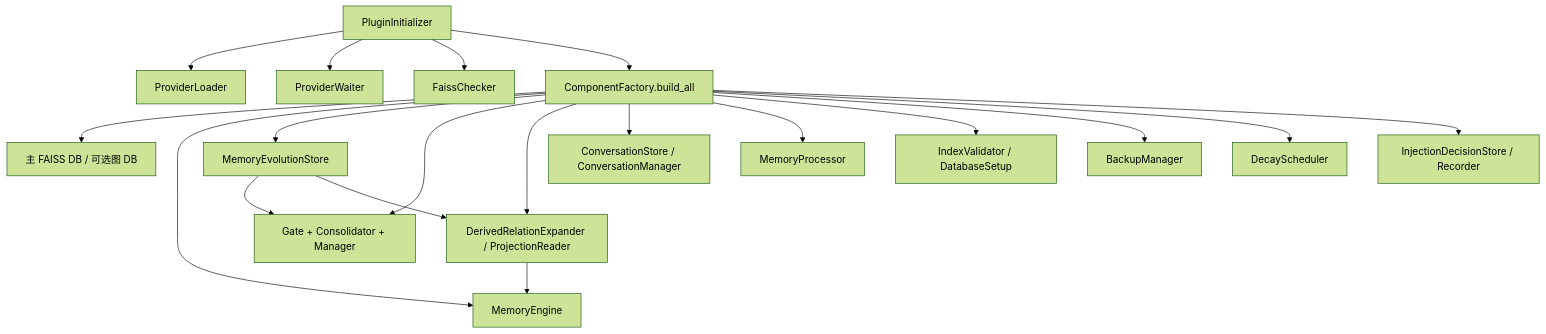
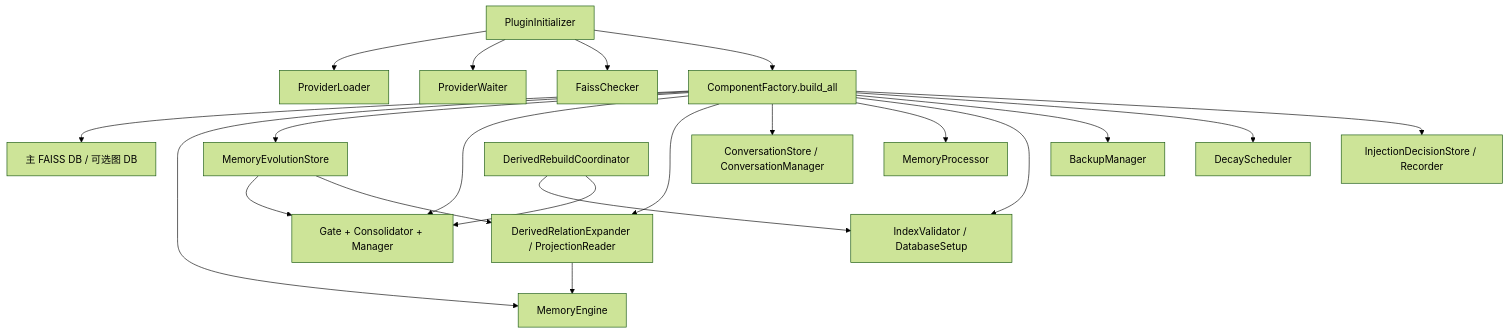
The diagram in core/initializer/AGENTS.md (INSide-734/astrbot_plugin_memora), drawn with Mermaid (forest theme) before and after one commit. The commit also changed other lines of this file and 24 other files, not shown here.

````diff
--- a/core/initializer/AGENTS.md
+++ b/core/initializer/AGENTS.md
@@ -13,21 +13,23 @@
 ```mermaid
 flowchart TD
     PI[PluginInitializer] --> PL[ProviderLoader]
     PI --> PW[ProviderWaiter]
     PI --> FC[FaissChecker]
     PI --> CF[ComponentFactory.build_all]
     CF --> VDB[主 FAISS DB / 可选图 DB]
     CF --> ME[MemoryEngine]
     CF --> MES[MemoryEvolutionStore]
     CF --> MEM[Gate + Consolidator + Manager]
     CF --> DR[DerivedRelationExpander / ProjectionReader]
     MES --> MEM
     MES --> DR
     DR --> ME
     CF --> CS[ConversationStore / ConversationManager]
     CF --> MP[MemoryProcessor]
     CF --> IV[IndexValidator / DatabaseSetup]
+    DRC[DerivedRebuildCoordinator] --> IV
+    DRC --> MEM
     CF --> BM[BackupManager]
     CF --> DS[DecayScheduler]
     CF --> IDS[InjectionDecisionStore / Recorder]
 ```
````
